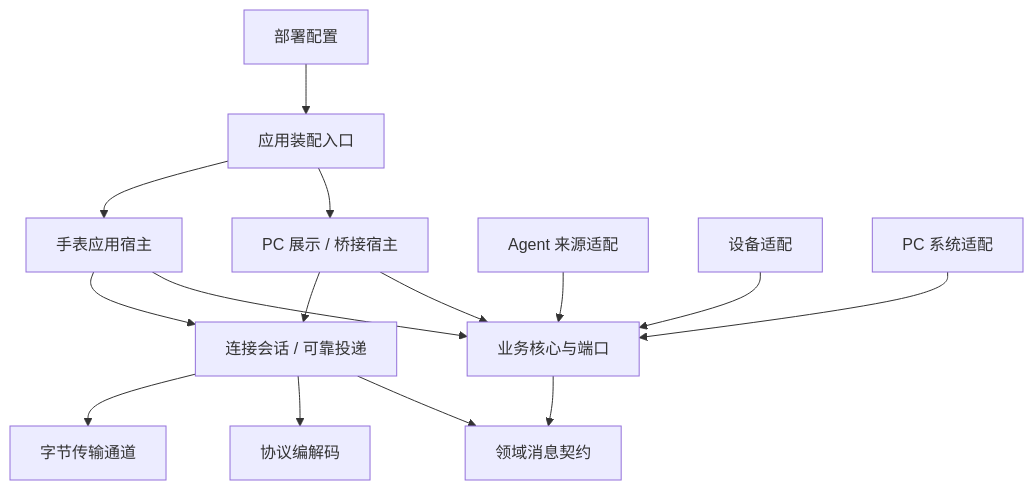
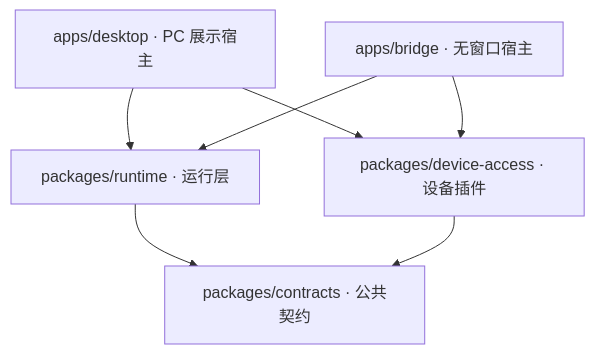
The diagram in docs/research/architecture.md (du-mozzie/watch-agent-pet), drawn with Mermaid before and after one commit. The commit also changed other lines of this file and 111 other files, not shown here.

````diff
--- a/docs/research/architecture.md
+++ b/docs/research/architecture.md
@@ -15,17 +7,9 @@
 ```mermaid
-flowchart TB
-  Config[部署配置] --> Boot[应用装配入口]
-  Boot --> Desktop[PC 展示 / 桥接宿主]
-  Boot --> Watch[手表应用宿主]
-  Desktop --> Core[业务核心与端口]
-  Watch --> Core
-  Agents[Agent 来源适配] --> Core
-  Device[设备适配] --> Core
-  OS[PC 系统适配] --> Core
-  Core --> Model[领域消息契约]
-  Session[连接会话 / 可靠投递] --> Model
-  Session --> Codec[协议编解码]
-  Session --> Transport[字节传输通道]
-  Watch --> Session
-  Desktop --> Session
+flowchart TD
+  Desktop[apps/desktop · PC 展示宿主] --> Runtime[packages/runtime · 运行层]
+  Bridge[apps/bridge · 无窗口宿主] --> Runtime
+  Desktop --> Device[packages/device-access · 设备插件]
+  Bridge --> Device
+  Runtime --> Contracts[packages/contracts · 公共契约]
+  Device --> Contracts
 ```
````
